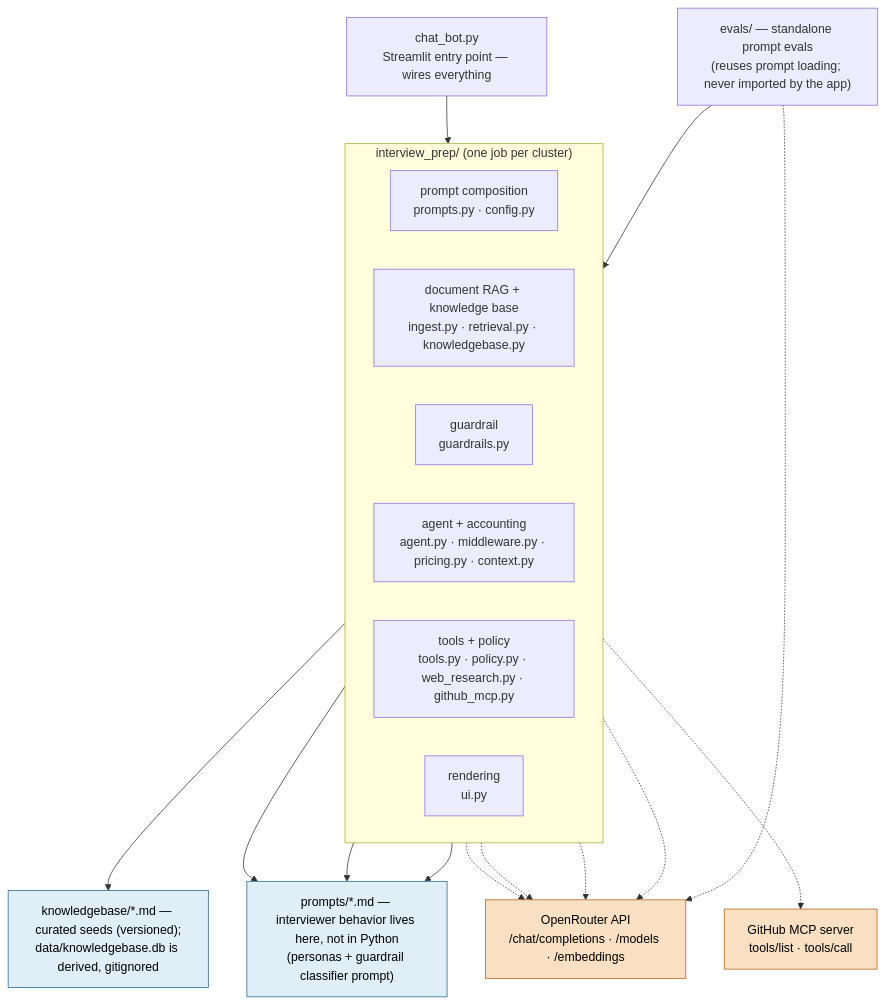
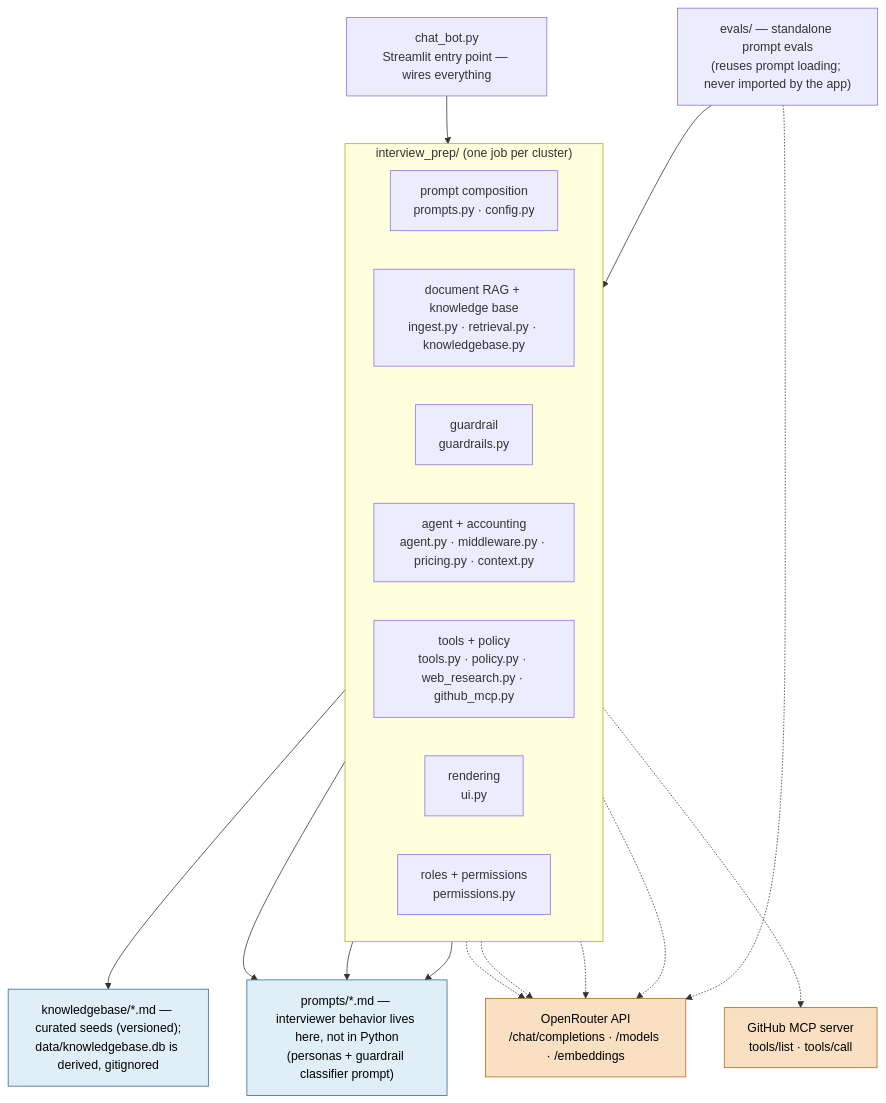
One commit to DukeOfErl/interv_preper changed the seventh of 7 diagrams in docs/diagrams/architecture.md. Above: the diagram before and after it, drawn with Mermaid. The commit also changed other lines of this file and 4 other files, not shown here.

````diff
--- a/docs/diagrams/architecture.md
+++ b/docs/diagrams/architecture.md
@@ -255,40 +255,41 @@
 ```mermaid
 flowchart TB
     entry["chat_bot.py<br/>Streamlit entry point — wires everything"]
 
     subgraph pkg["interview_prep/ (one job per cluster)"]
         direction LR
         promptsC["prompt composition<br/>prompts.py · config.py"]
         rag["document RAG + knowledge base<br/>ingest.py · retrieval.py · knowledgebase.py"]
         safety["guardrail<br/>guardrails.py"]
         llmC["agent + accounting<br/>agent.py · middleware.py · pricing.py · context.py"]
         toolsC["tools + policy<br/>tools.py · policy.py · web_research.py · github_mcp.py"]
         uiC["rendering<br/>ui.py"]
+        access["roles + permissions<br/>permissions.py"]
     end
 
     mdfiles["prompts/*.md — interviewer behavior lives here, not in Python<br/>(personas + guardrail classifier prompt)"]
     kbfiles["knowledgebase/*.md — curated seeds (versioned);<br/>data/knowledgebase.db is derived, gitignored"]
     orouter["OpenRouter API<br/>/chat/completions · /models · /embeddings"]
     ghmcp["GitHub MCP server<br/>tools/list · tools/call"]
     evals["evals/ — standalone prompt evals<br/>(reuses prompt loading; never imported by the app)"]
 
     entry --> pkg
     promptsC --> mdfiles
     rag --> kbfiles
     safety --> mdfiles
     toolsC --> mdfiles
     rag -.-> orouter
     safety -.-> orouter
     llmC -.-> orouter
     toolsC -.-> orouter
     toolsC -.-> ghmcp
     evals --> promptsC
     evals -.-> orouter
 
     classDef ext fill:#f9e0c3,stroke:#b5651d,color:#000
     classDef mdfile fill:#dfeef7,stroke:#2b6a8f,color:#000
     class orouter ext
     class ghmcp ext
     class mdfiles mdfile
     class kbfiles mdfile
 ```
````
